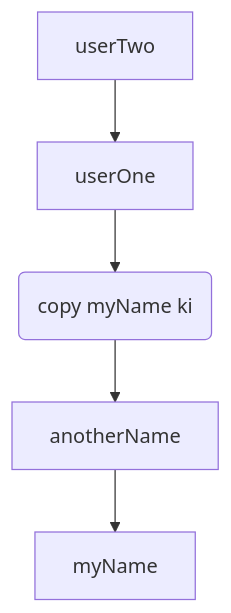
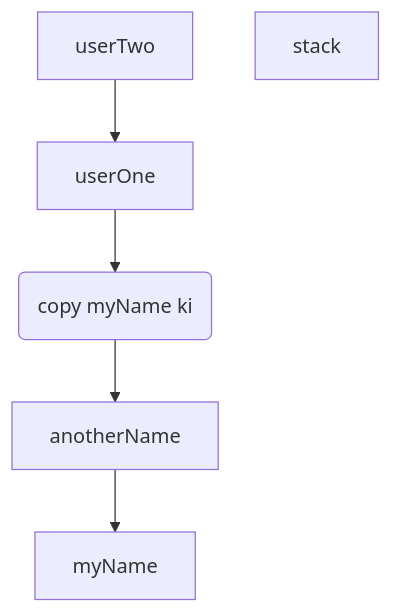
The diagram in README.md (siddharthkumarrai/Javascript_guide), drawn with Mermaid before and after one commit. The commit also changed other lines of this file, not shown here.

````diff
--- a/README.md
+++ b/README.md
@@ -126,4 +126,4 @@
 ```mermaid
 graph TD;
-    userTwo-->userOne-->myName_(copy myName ki)-->anotherName-->myName;
+    userTwo-->userOne-->myName_(copy myName ki)-->anotherName-->myName; stack
 ```
````
